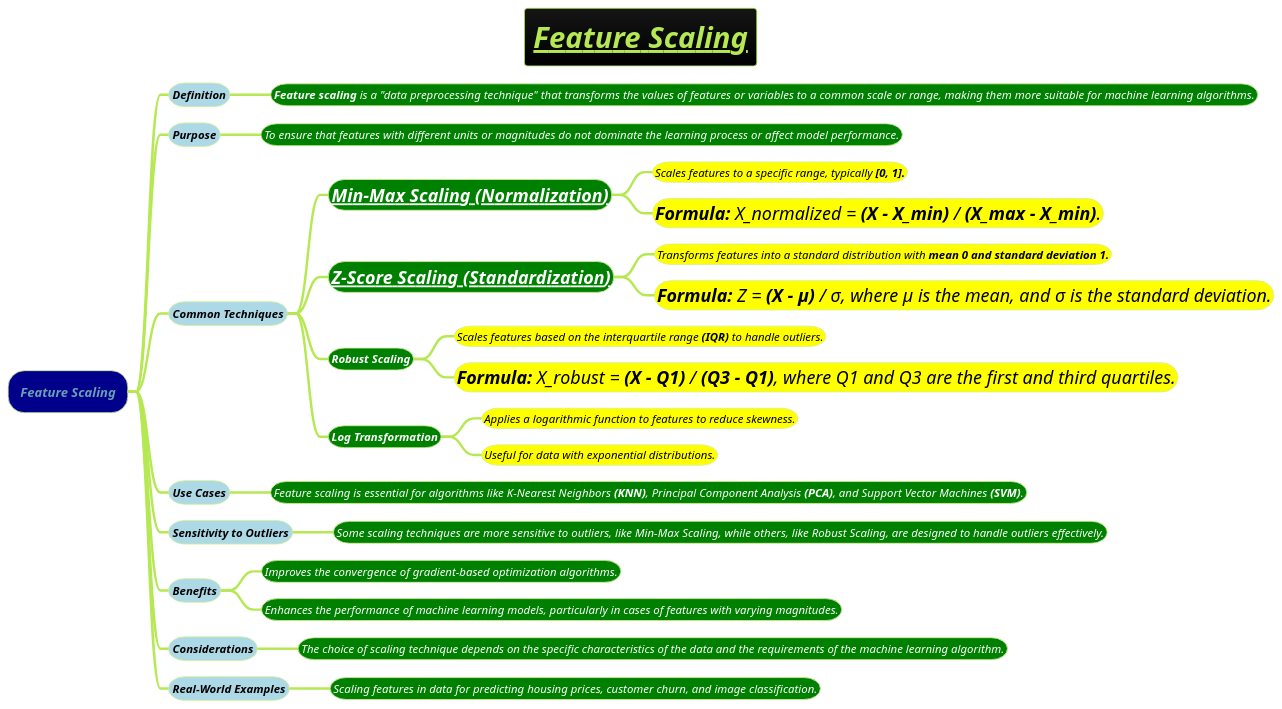
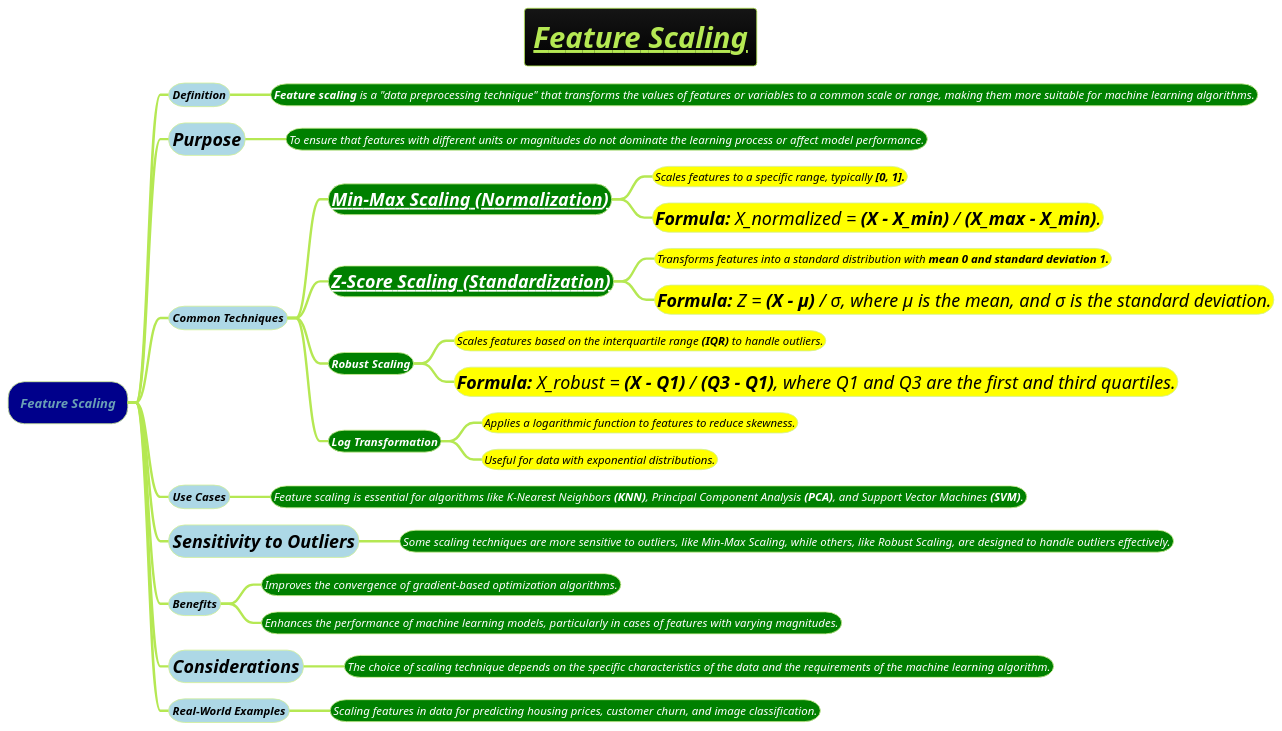
The diagram in docs/AI-ML- DL-Data-Science-and-BigData/data-science/data-engineering/data-preprocessing-(or-wrangling)/Feature-Scaling.puml (MehmoodHashmi/Documentation-as-Code-DaC), drawn with PlantUML before and after one commit.

```diff
--- a/docs/AI-ML- DL-Data-Science-and-BigData/data-science/data-engineering/data-preprocessing-(or-wrangling)/Feature-Scaling.puml
+++ b/docs/AI-ML- DL-Data-Science-and-BigData/data-science/data-engineering/data-preprocessing-(or-wrangling)/Feature-Scaling.puml
@@ -1,44 +1,44 @@
 @startmindmap
 title =<i><b><u>Feature Scaling
 
 !theme hacker
 
 
 *[#darkblue] <i>Feature Scaling
 **[#lightblue] <color #black><i><size:14>Definition
 ***[#green] <color #white><i><size:14>**Feature scaling** is a "data preprocessing technique" that transforms the values of features or variables to a common scale or range, making them more suitable for machine learning algorithms.
 
-**[#lightblue] <color #black><i><size:14>Purpose
+**[#lightblue] <color #black><i><size:22>Purpose
 ***[#green] <color #white><i><size:14>To ensure that features with different units or magnitudes do not dominate the learning process or affect model performance.
 
 **[#lightblue] <color #black><i><size:14>Common Techniques
 ***[#green] <color #white><i><size:22><b>[[Normalization-and-Standardization.puml Min-Max Scaling (Normalization)]]
 ****[#yellow] <color #black><i><size:14>Scales features to a specific range, typically <b>[0, 1].
 ****[#yellow] <color #black><i><size:22>**Formula:** X_normalized = **(X - X_min)** / **(X_max - X_min)**.
 ***[#green] <color #white><i><size:22><b>[[Normalization-and-Standardization.puml Z-Score Scaling (Standardization)]]
 ****[#yellow] <color #black><i><size:14>Transforms features into a standard distribution with <b>mean 0 and standard deviation 1.
 ****[#yellow] <color #black><i><size:22>**Formula:** Z = **(X - μ)** / σ, where μ is the mean, and σ is the standard deviation.
 ***[#green] <color #white><i><size:14><b>Robust Scaling
 ****[#yellow] <color #black><i><size:14>Scales features based on the interquartile range **(IQR)** to handle outliers.
 ****[#yellow] <color #black><i><size:22>**Formula:** X_robust = **(X - Q1)** / **(Q3 - Q1)**, where Q1 and Q3 are the first and third quartiles.
 ***[#green] <color #white><i><size:14><b>Log Transformation
 ****[#yellow] <color #black><i><size:14>Applies a logarithmic function to features to reduce skewness.
 ****[#yellow] <color #black><i><size:14>Useful for data with exponential distributions.
 
 **[#lightblue] <color #black><i><size:14>Use Cases
 ***[#green] <color #white><i><size:14>Feature scaling is essential for algorithms like K-Nearest Neighbors **(KNN)**, Principal Component Analysis **(PCA)**, and Support Vector Machines **(SVM)**.
 
-**[#lightblue] <color #black><i><size:14>Sensitivity to Outliers
+**[#lightblue] <color #black><i><size:22>Sensitivity to Outliers
 ***[#green] <color #white><i><size:14>Some scaling techniques are more sensitive to outliers, like Min-Max Scaling, while others, like Robust Scaling, are designed to handle outliers effectively.
 
 **[#lightblue] <color #black><i><size:14>Benefits
 ***[#green] <color #white><i><size:14>Improves the convergence of gradient-based optimization algorithms.
 ***[#green] <color #white><i><size:14>Enhances the performance of machine learning models, particularly in cases of features with varying magnitudes.
 
-**[#lightblue] <color #black><i><size:14>Considerations
+**[#lightblue] <color #black><i><size:22>Considerations
 ***[#green] <color #white><i><size:14>The choice of scaling technique depends on the specific characteristics of the data and the requirements of the machine learning algorithm.
 
 **[#lightblue] <color #black><i><size:14>Real-World Examples
 ***[#green] <color #white><i><size:14>Scaling features in data for predicting housing prices, customer churn, and image classification.
 
 @endmindmap
```
